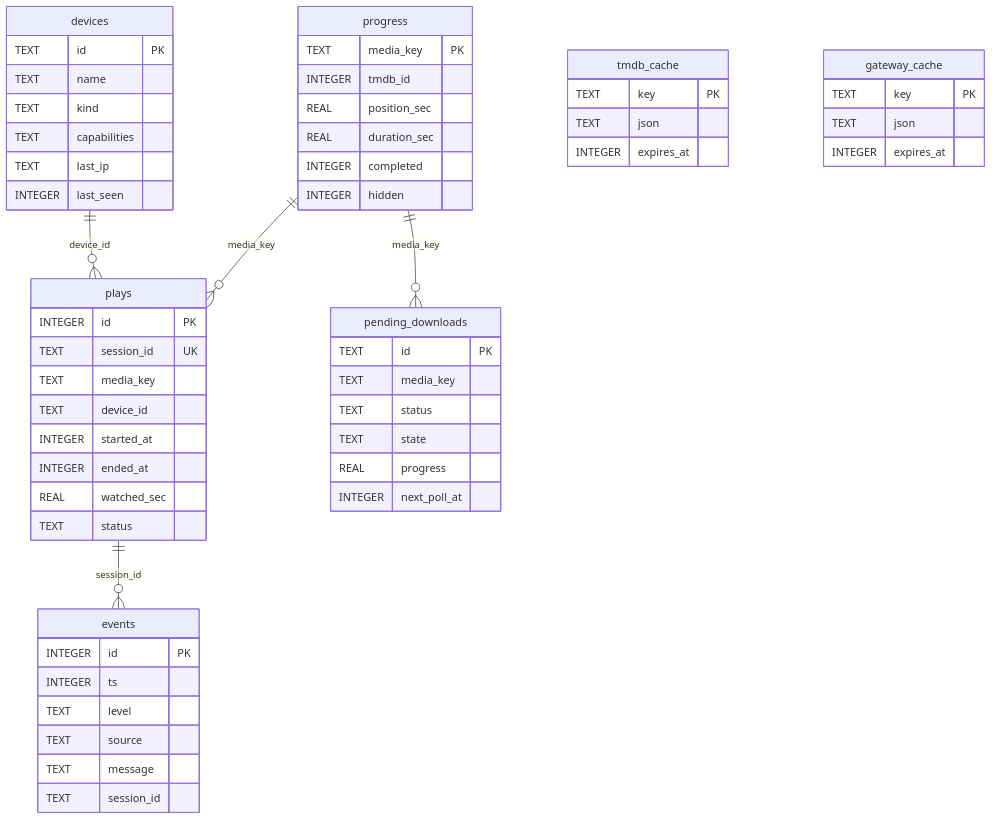
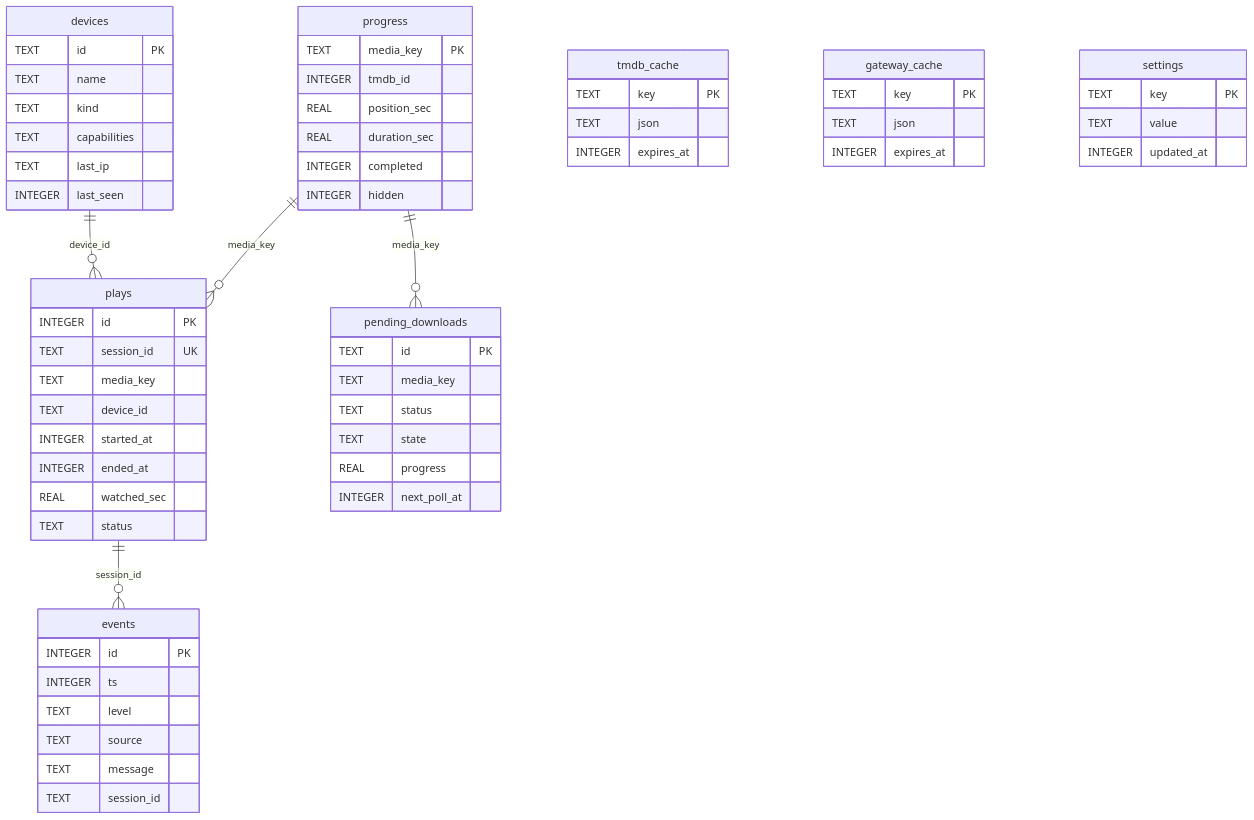
One commit to VeroxAUS/homestream changed the fourth of 5 diagrams in docs/architecture.md. Above: the diagram before and after it, drawn with Mermaid. The commit also changed other lines of this file and 16 other files, not shown here.

First line of the commit message:
fix(readiness): repair AGENTS.md fences, document 500 errors, check erDiagram drift, document repository secrets

````diff
--- a/docs/architecture.md
+++ b/docs/architecture.md
@@ -148,60 +148,65 @@
 ```mermaid
 erDiagram
   devices ||--o{ plays : "device_id"
   plays ||--o{ events : "session_id"
   progress ||--o{ plays : "media_key"
   progress ||--o{ pending_downloads : "media_key"
 
   devices {
     TEXT id PK
     TEXT name
     TEXT kind
     TEXT capabilities
     TEXT last_ip
     INTEGER last_seen
   }
   plays {
     INTEGER id PK
     TEXT session_id UK
     TEXT media_key
     TEXT device_id
     INTEGER started_at
     INTEGER ended_at
     REAL watched_sec
     TEXT status
   }
   progress {
     TEXT media_key PK
     INTEGER tmdb_id
     REAL position_sec
     REAL duration_sec
     INTEGER completed
     INTEGER hidden
   }
   events {
     INTEGER id PK
     INTEGER ts
     TEXT level
     TEXT source
     TEXT message
     TEXT session_id
   }
   pending_downloads {
     TEXT id PK
     TEXT media_key
     TEXT status
     TEXT state
     REAL progress
     INTEGER next_poll_at
   }
   tmdb_cache {
     TEXT key PK
     TEXT json
     INTEGER expires_at
   }
   gateway_cache {
     TEXT key PK
     TEXT json
     INTEGER expires_at
   }
+  settings {
+    TEXT key PK
+    TEXT value
+    INTEGER updated_at
+  }
 ```
````
